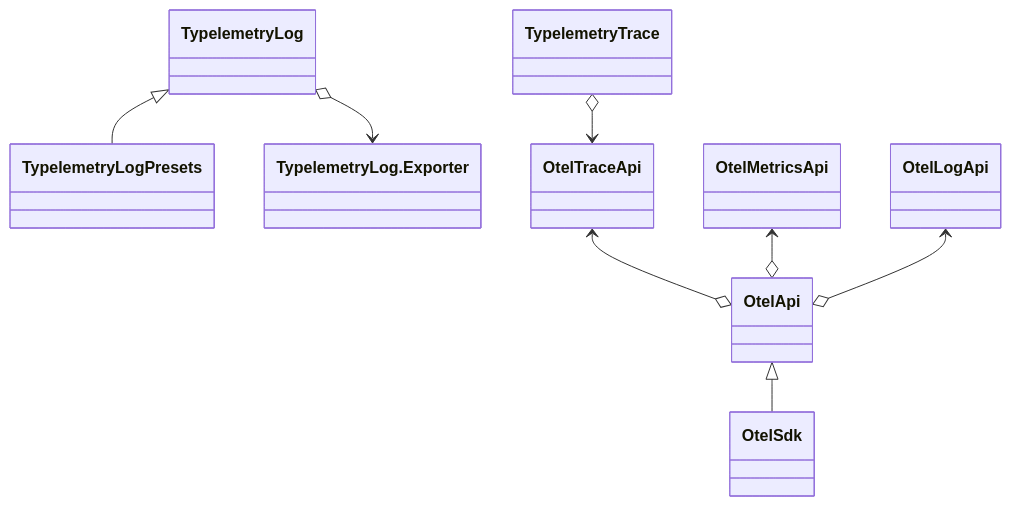
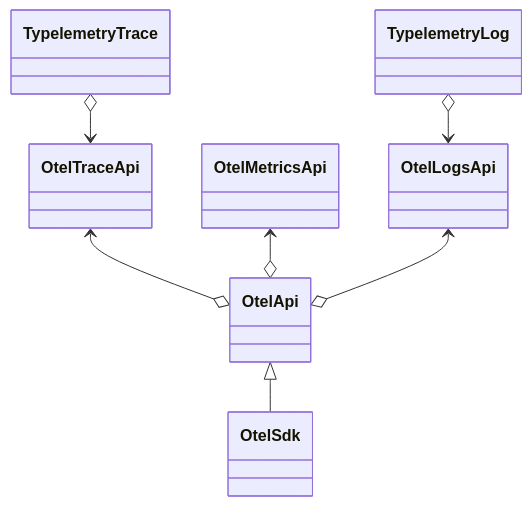
One commit to zimtsui/typelog changed the diagram in README.md. Above: the diagram before and after it, drawn with Mermaid. The commit also changed other lines of this file and 21 other files, not shown here.

````diff
--- a/README.md
+++ b/README.md
@@ -9,11 +9,10 @@
 ```mermaid
 classDiagram
 
-TypelemetryLog <|-- TypelemetryLogPresets
-TypelemetryLog o--> TypelemetryLog.Exporter
+TypelemetryLog o--> OtelLogsApi
 TypelemetryTrace o--> OtelTraceApi
 OtelTraceApi <--o OtelApi
 OtelMetricsApi <--o OtelApi
-OtelLogApi <--o OtelApi
+OtelLogsApi <--o OtelApi
 OtelApi <|-- OtelSdk
 ```
````
